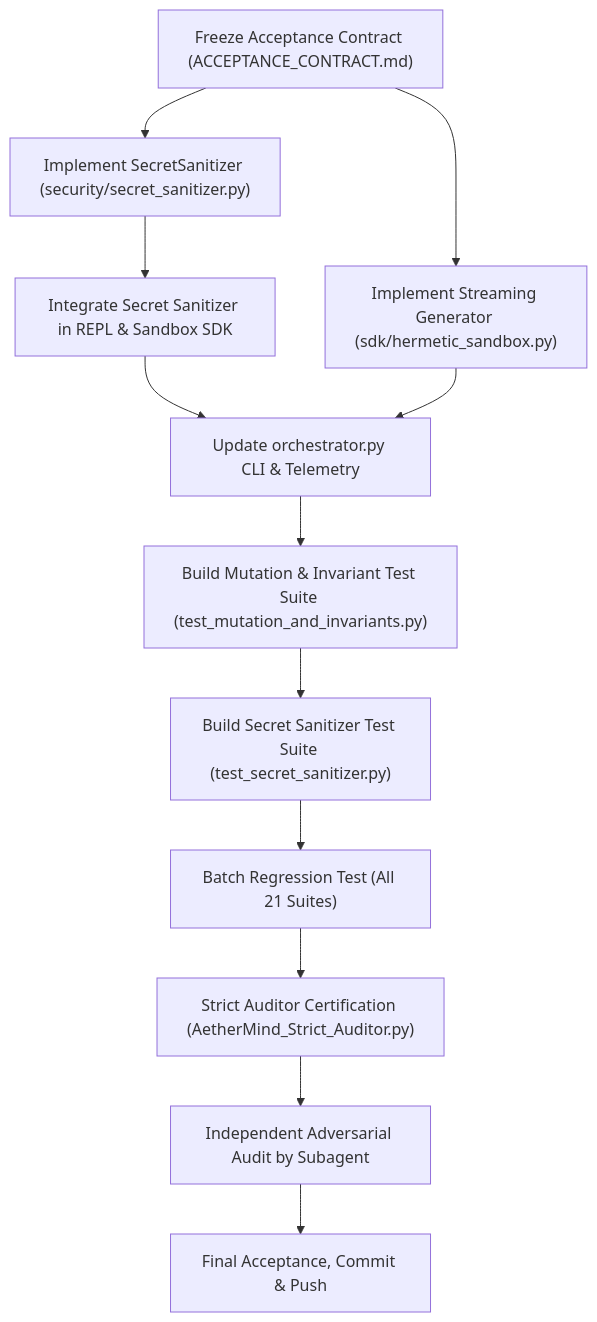
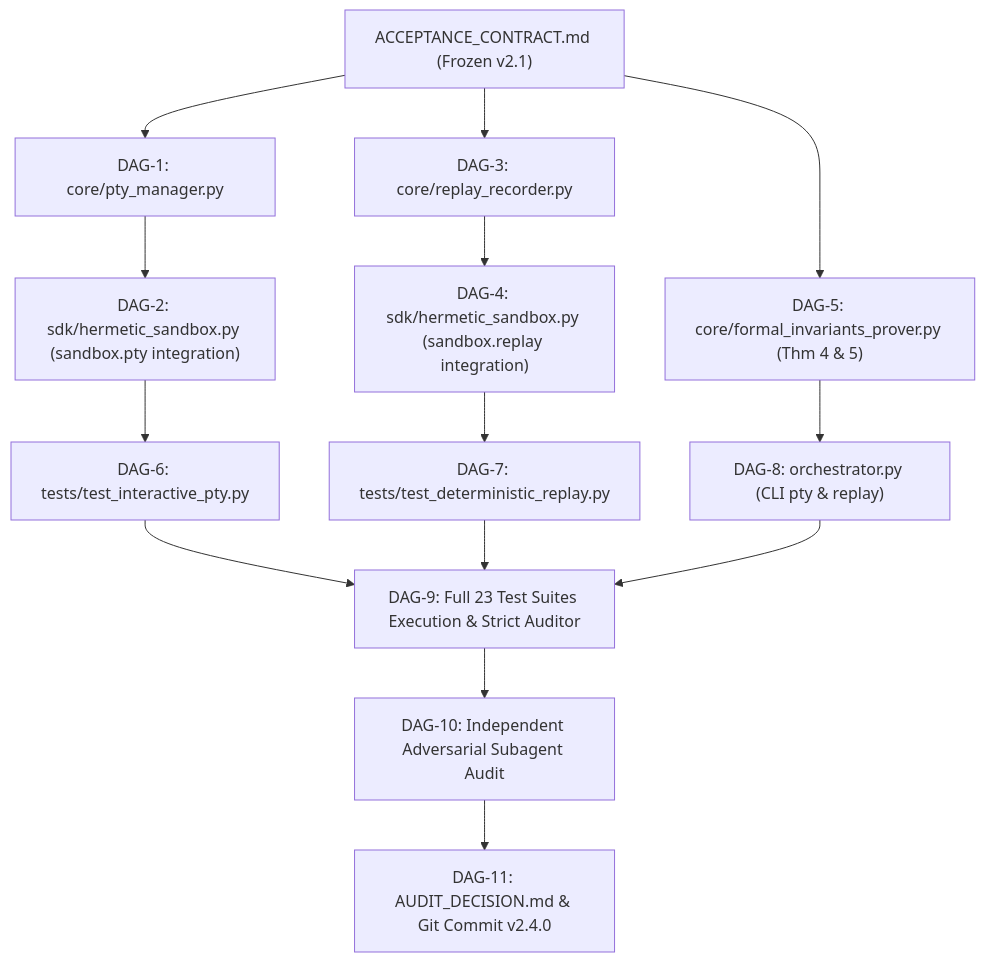
Before and after one commit to juan3861/hermetic-microvm-sandbox: the diagram in engineering_evidence/EXECUTION_ROADMAP.md, drawn with Mermaid. The commit also changed other lines of this file and 20 other files, not shown here.

Commit message:
feat(apex): v2.4.0 release with Interactive PTY Manager, Deterministic Replay Engine, Z3 SMT Stream Invariants, and Dual-Agent V2 Certification (23/23 Suites)

````diff
--- a/engineering_evidence/EXECUTION_ROADMAP.md
+++ b/engineering_evidence/EXECUTION_ROADMAP.md
@@ -9,13 +9,20 @@
 ```mermaid
 flowchart TD
-    T0["Freeze Acceptance Contract (ACCEPTANCE_CONTRACT.md)"] --> T1["Implement SecretSanitizer (security/secret_sanitizer.py)"]
-    T1 --> T2["Integrate Secret Sanitizer in REPL & Sandbox SDK"]
-    T0 --> T3["Implement Streaming Generator (sdk/hermetic_sandbox.py)"]
-    T2 & T3 --> T4["Update orchestrator.py CLI & Telemetry"]
-    T4 --> T5["Build Mutation & Invariant Test Suite (test_mutation_and_invariants.py)"]
-    T5 --> T6["Build Secret Sanitizer Test Suite (test_secret_sanitizer.py)"]
-    T6 --> T7["Batch Regression Test (All 21 Suites)"]
-    T7 --> T8["Strict Auditor Certification (AetherMind_Strict_Auditor.py)"]
-    T8 --> T9["Independent Adversarial Audit by Subagent"]
-    T9 --> T10["Final Acceptance, Commit & Push"]
+    Contract["ACCEPTANCE_CONTRACT.md (Frozen v2.1)"] --> D1["DAG-1: core/pty_manager.py"]
+    Contract --> D3["DAG-3: core/replay_recorder.py"]
+    Contract --> D5["DAG-5: core/formal_invariants_prover.py (Thm 4 & 5)"]
+    
+    D1 --> D2["DAG-2: sdk/hermetic_sandbox.py (sandbox.pty integration)"]
+    D3 --> D4["DAG-4: sdk/hermetic_sandbox.py (sandbox.replay integration)"]
+    
+    D2 --> D6["DAG-6: tests/test_interactive_pty.py"]
+    D4 --> D7["DAG-7: tests/test_deterministic_replay.py"]
+    D5 --> D8["DAG-8: orchestrator.py (CLI pty & replay)"]
+    
+    D6 --> D9["DAG-9: Full 23 Test Suites Execution & Strict Auditor"]
+    D7 --> D9
+    D8 --> D9
+    
+    D9 --> D10["DAG-10: Independent Adversarial Subagent Audit"]
+    D10 --> D11["DAG-11: AUDIT_DECISION.md & Git Commit v2.4.0"]
 ```
````
